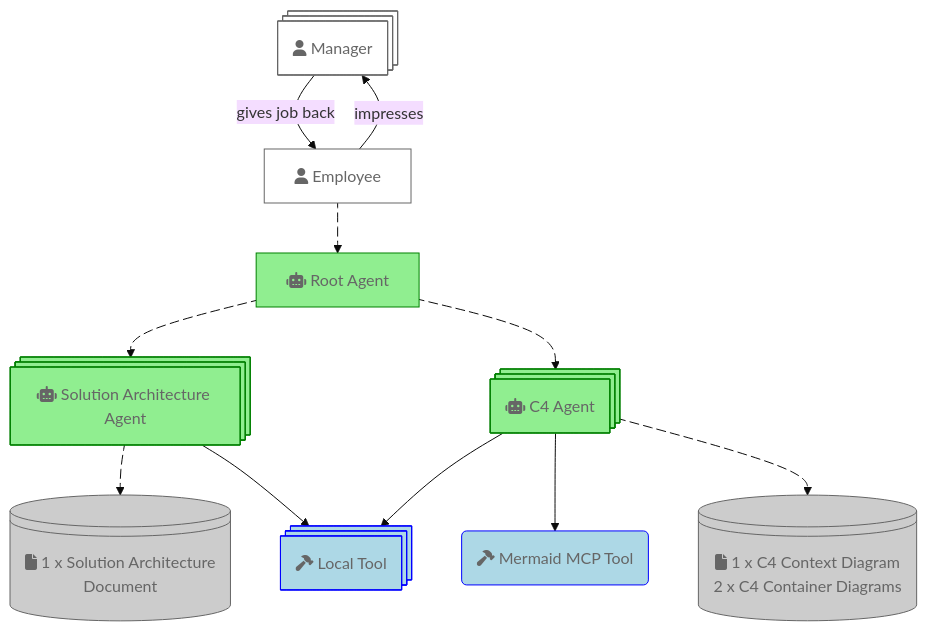
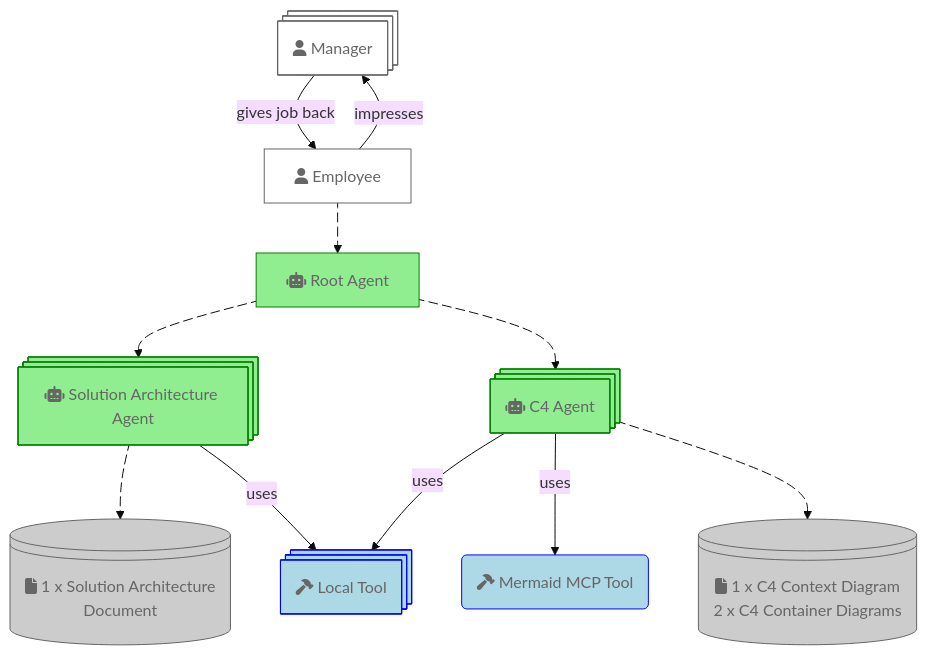
Before and after one commit to choonchernlim/keep-my-job-app: the diagram in README.md, drawn with Mermaid (base theme).

Commit message:
Update architecture diagram in README.md to enhance clarity and detail

````diff
--- a/README.md
+++ b/README.md
@@ -20,34 +20,34 @@
 ```mermaid
 flowchart TD
     B:::userClass@{ shape: processes, label: "fa:fa-user Manager" }
     U["fa:fa-user Employee"]:::userClass
     AR["fa:fa-robot Root Agent"]:::agentClass
     AS:::agentClass@{ shape: processes, label: "fa:fa-robot Solution Architecture Agent" }
     AC:::agentClass@{ shape: processes, label: "fa:fa-robot C4 Agent" }
     DM:::artifactClass@{ shape: lin-cyl, label: "fa:fa-file 1 x Solution Architecture\nDocument" }
     DD:::artifactClass@{ shape: lin-cyl, label: "fa:fa-file 1 x C4 Context Diagram \n 2 x C4 Container Diagrams" }
     TL:::toolClass@{ shape: processes, label: "fa:fa-hammer Local Tool" }
     TM("fa:fa-hammer Mermaid MCP Tool"):::toolClass
 
     U--impresses-->B
     B--gives job back-->U
     U e0@-->AR
     AR e1@--> AS
     AR e2@--> AC
     AS e3@--> DM
-    AS --> TL
-    AC --> TL
-    AC --> TM
+    AS --uses--> TL
+    AC --uses--> TL
+    AC --uses--> TM
     AC e4@--> DD
 
     e0@{ animate: true }
     e1@{ animate: true }
     e2@{ animate: true }
     e3@{ animate: true }
     e4@{ animate: true }
 
     classDef userClass fill:#FFFFFF,stroke:#666666,color:#666666
     classDef toolClass fill:lightblue,stroke:blue,color:#666666
     classDef agentClass fill:lightgreen,stroke:green,color:#666666
     classDef artifactClass fill:#CCCCCC,stroke:#666666,color:#666666
 ```
````
